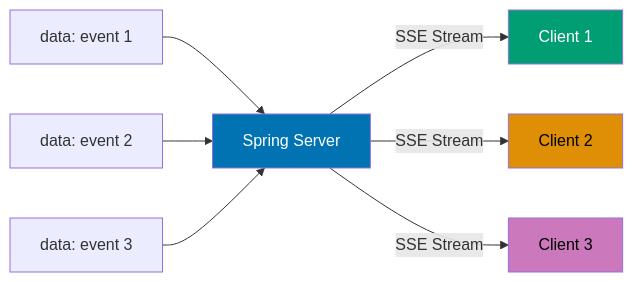
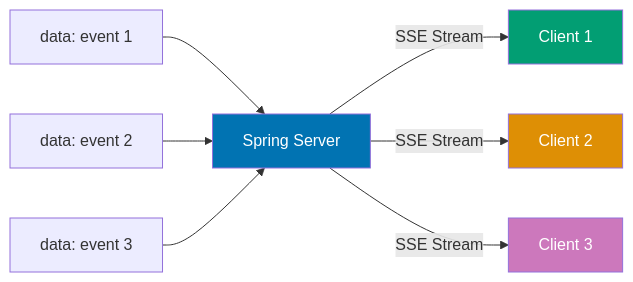
The eighth of 10 diagrams in apps/ayokoding-web/content/en/learn/software-engineering/platform-web/tools/jvm-spring-boot/by-example/intermediate.md (wahidyankf/open-sharia-enterprise), drawn with Mermaid before and after one commit. The commit also changed other lines of this file and 61 other files, not shown here.

First line of the commit message:
fix(ayokoding-web): quote Mermaid node labels with special characters in Example 63

````diff
--- a/apps/ayokoding-web/content/en/learn/software-engineering/platform-web/tools/jvm-spring-boot/by-example/intermediate.md
+++ b/apps/ayokoding-web/content/en/learn/software-engineering/platform-web/tools/jvm-spring-boot/by-example/intermediate.md
@@ -4388,16 +4388,16 @@
 ```mermaid
 %% Color Palette: Blue #0173B2, Orange #DE8F05, Teal #029E73, Purple #CC78BC, Brown #CA9161
 flowchart LR
     Server[Spring Server] -->|SSE Stream| C1[Client 1]
     Server -->|SSE Stream| C2[Client 2]
     Server -->|SSE Stream| C3[Client 3]
 
     Note1[data: event 1] --> Server
     Note2[data: event 2] --> Server
     Note3[data: event 3] --> Server
 
     style Server fill:#0173B2,color:#fff
     style C1 fill:#029E73,color:#fff
-    style C2 fill:#DE8F05,color:#000
-    style C3 fill:#CC78BC,color:#000
+    style C2 fill:#DE8F05,color:#fff
+    style C3 fill:#CC78BC,color:#fff
 ```
````
